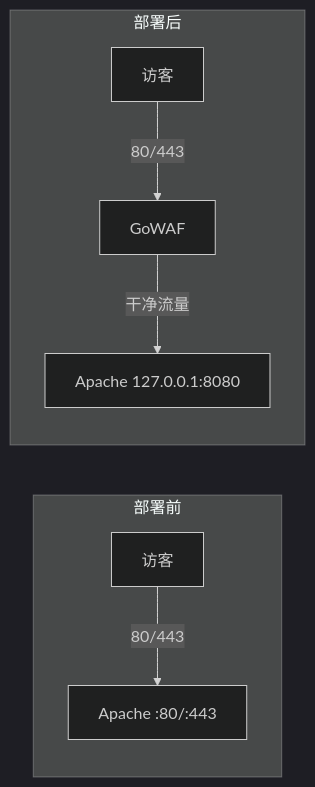
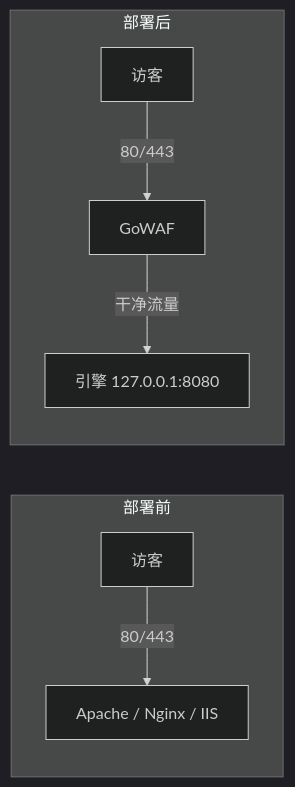
The third of 3 diagrams in README.md (xuey490/GoWaf), drawn with Mermaid (dark theme) before and after one commit. The commit also changed other lines of this file, not shown here.

````diff
--- a/README.md
+++ b/README.md
@@ -82,10 +92,10 @@
 ```mermaid
 flowchart LR
     subgraph 部署前
-    V1[访客] -->|80/443| A1[Apache :80/:443]
+    V1[访客] -->|80/443| E1[Apache / Nginx / IIS]
     end
     subgraph 部署后
     V2[访客] -->|80/443| W2[GoWAF]
-    W2 -->|干净流量| A2[Apache 127.0.0.1:8080]
+    W2 -->|干净流量| E2[引擎 127.0.0.1:8080]
     end
 ```
````
